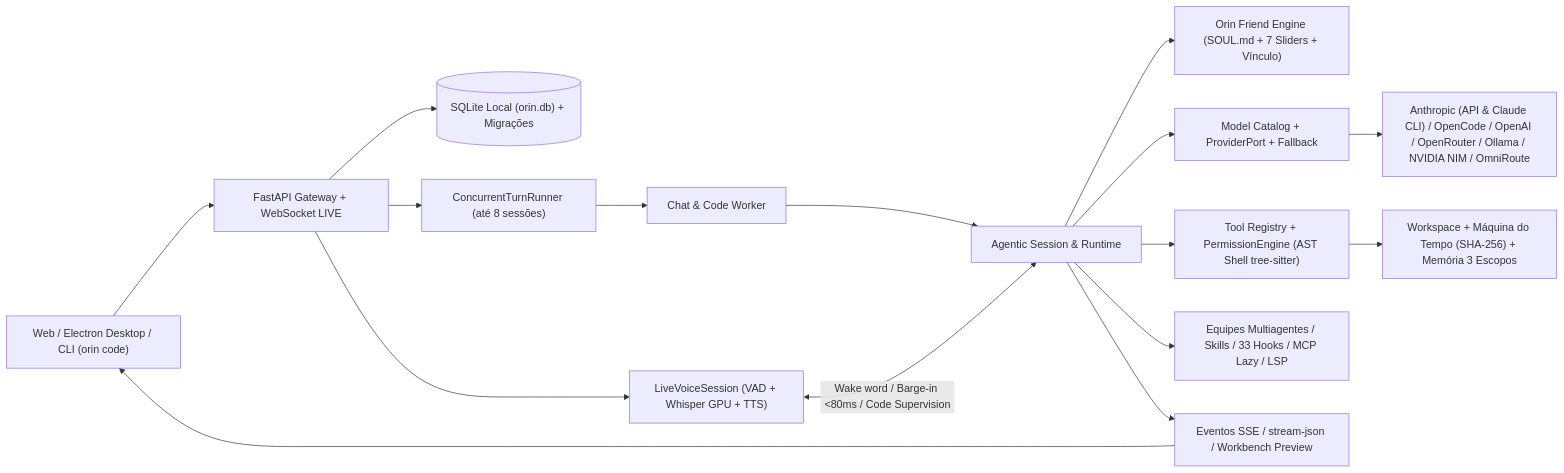
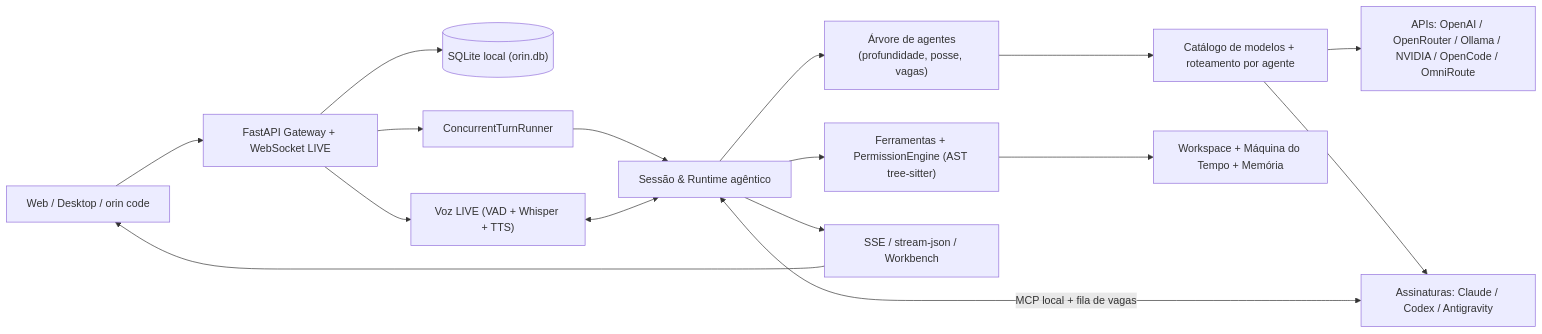
The second of 2 diagrams in README.md (carlos-edu2367/orin), drawn with Mermaid before and after one commit. The commit also changed other lines of this file and 8 other files, not shown here.

````diff
--- a/README.md
+++ b/README.md
@@ -299,18 +342,18 @@
 ```mermaid
 flowchart LR
-    U["Web / Electron Desktop / CLI (orin code)"] --> G["FastAPI Gateway + WebSocket LIVE"]
-    G --> DB[("SQLite Local (orin.db) + Migrações")]
-    G --> L["LiveVoiceSession (VAD + Whisper GPU + TTS)"]
-    G --> P["ConcurrentTurnRunner (até 8 sessões)"]
-    P --> W["Chat & Code Worker"]
-    W --> R["Agentic Session & Runtime"]
-    L <-->|"Wake word / Barge-in <80ms / Code Supervision"| R
-    R --> F["Orin Friend Engine (SOUL.md + 7 Sliders + Vínculo)"]
-    R --> M["Model Catalog + ProviderPort + Fallback"]
-    M --> PR["Anthropic (API & Claude CLI) / OpenCode / OpenAI / OpenRouter / Ollama / NVIDIA NIM / OmniRoute"]
-    R --> TR["Tool Registry + PermissionEngine (AST Shell tree-sitter)"]
-    TR --> WS["Workspace + Máquina do Tempo (SHA-256) + Memória 3 Escopos"]
-    R --> EXT["Equipes Multiagentes / Skills / 33 Hooks / MCP Lazy / LSP"]
-    R --> A[" Eventos SSE / stream-json / Workbench Preview"]
+    U["Web / Desktop / orin code"] --> G["FastAPI Gateway + WebSocket LIVE"]
+    G --> DB[("SQLite local (orin.db)")]
+    G --> L["Voz LIVE (VAD + Whisper + TTS)"]
+    G --> P["ConcurrentTurnRunner"]
+    P --> R["Sessão & Runtime agêntico"]
+    L <--> R
+    R --> T["Árvore de agentes<br/>(profundidade, posse, vagas)"]
+    T --> M["Catálogo de modelos + roteamento por agente"]
+    M --> API["APIs: OpenAI / OpenRouter / Ollama / NVIDIA / OpenCode / OmniRoute"]
+    M --> CLI["Assinaturas: Claude / Codex / Antigravity"]
+    CLI <-->|"MCP local + fila de vagas"| R
+    R --> TR["Ferramentas + PermissionEngine (AST tree-sitter)"]
+    TR --> WS["Workspace + Máquina do Tempo + Memória"]
+    R --> A["SSE / stream-json / Workbench"]
     A --> U
 ```
````
